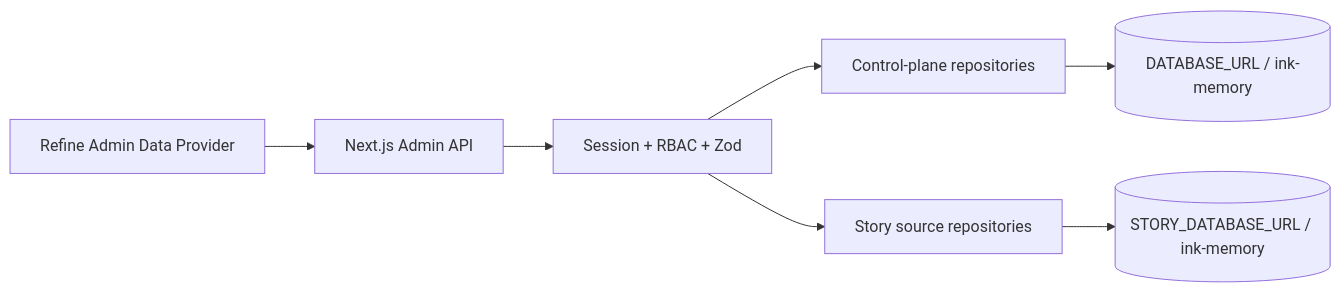
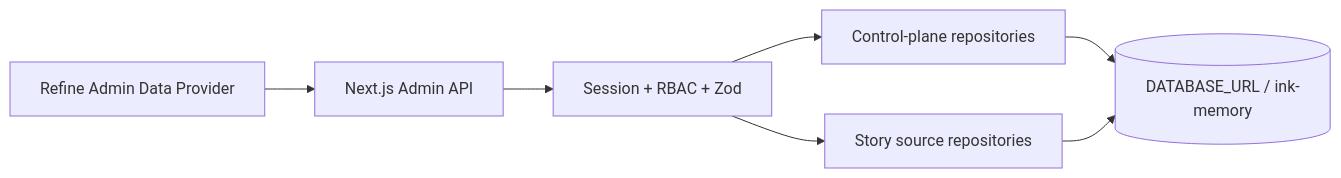
One commit to glide-the/dream-im-platform changed the diagram in docs/verification/ink-dream-memory-data-integration-audit.md. Above: the diagram before and after it, drawn with Mermaid. The commit also changed other lines of this file and 43 other files, not shown here.

````diff
--- a/docs/verification/ink-dream-memory-data-integration-audit.md
+++ b/docs/verification/ink-dream-memory-data-integration-audit.md
@@ -117,9 +117,9 @@
 ```mermaid
 flowchart LR
   UI[Refine Admin Data Provider] --> API[Next.js Admin API]
   API --> Guard[Session + RBAC + Zod]
   Guard --> Control[Control-plane repositories]
   Guard --> Story[Story source repositories]
-  Control --> PG1[(DATABASE_URL / ink-memory)]
-  Story --> PG2[(STORY_DATABASE_URL / ink-memory)]
+  Control --> PG[(DATABASE_URL / ink-memory)]
+  Story --> PG
 ```
````
